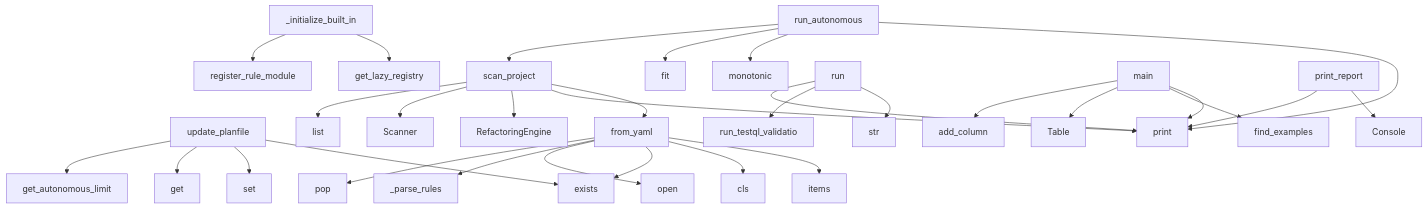
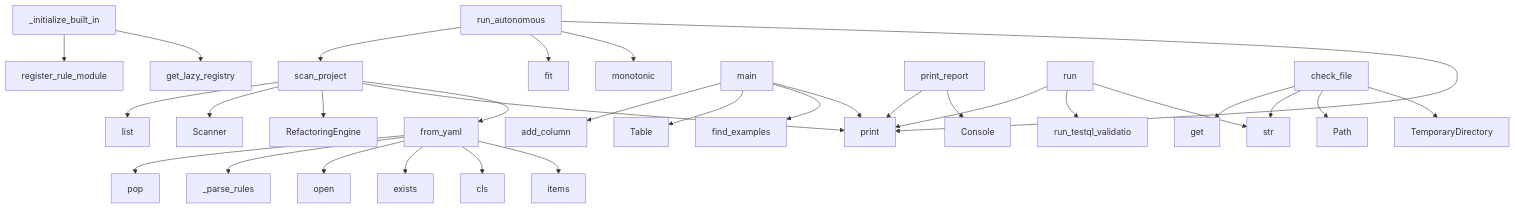
The diagram in project/context.md (semcod/prefact), drawn with Mermaid before and after one commit. The commit also changed other lines of this file and 25 other files, not shown here.

````diff
--- a/project/context.md
+++ b/project/context.md
@@ -591,33 +590,33 @@
 ```mermaid
 graph TD
-    update_planfile --> exists
-    update_planfile --> set
-    update_planfile --> get
-    update_planfile --> get_autonomous_limit
     scan_project --> from_yaml
     scan_project --> print
     scan_project --> RefactoringEngine
     scan_project --> Scanner
     scan_project --> list
     _initialize_built_in --> get_lazy_registry
     _initialize_built_in --> register_rule_module
     run_autonomous --> print
     run_autonomous --> monotonic
     run_autonomous --> fit
     run_autonomous --> scan_project
-    run --> str
-    run --> run_testql_validatio
-    run --> print
     from_yaml --> items
     from_yaml --> cls
     from_yaml --> exists
     from_yaml --> open
     main --> print
     main --> find_examples
     main --> Table
     main --> add_column
     print_report --> Console
     print_report --> print
     from_yaml --> _parse_rules
     from_yaml --> pop
+    run --> str
+    run --> run_testql_validatio
+    run --> print
+    check_file --> TemporaryDirectory
+    check_file --> Path
+    check_file --> str
+    check_file --> get
 ```
````
